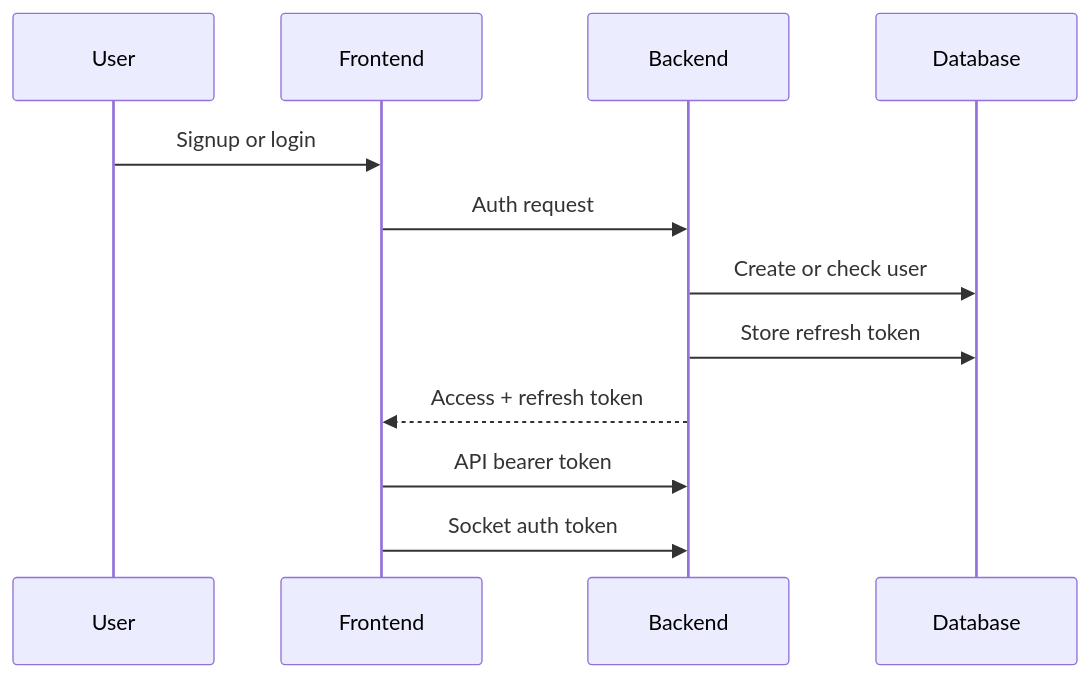
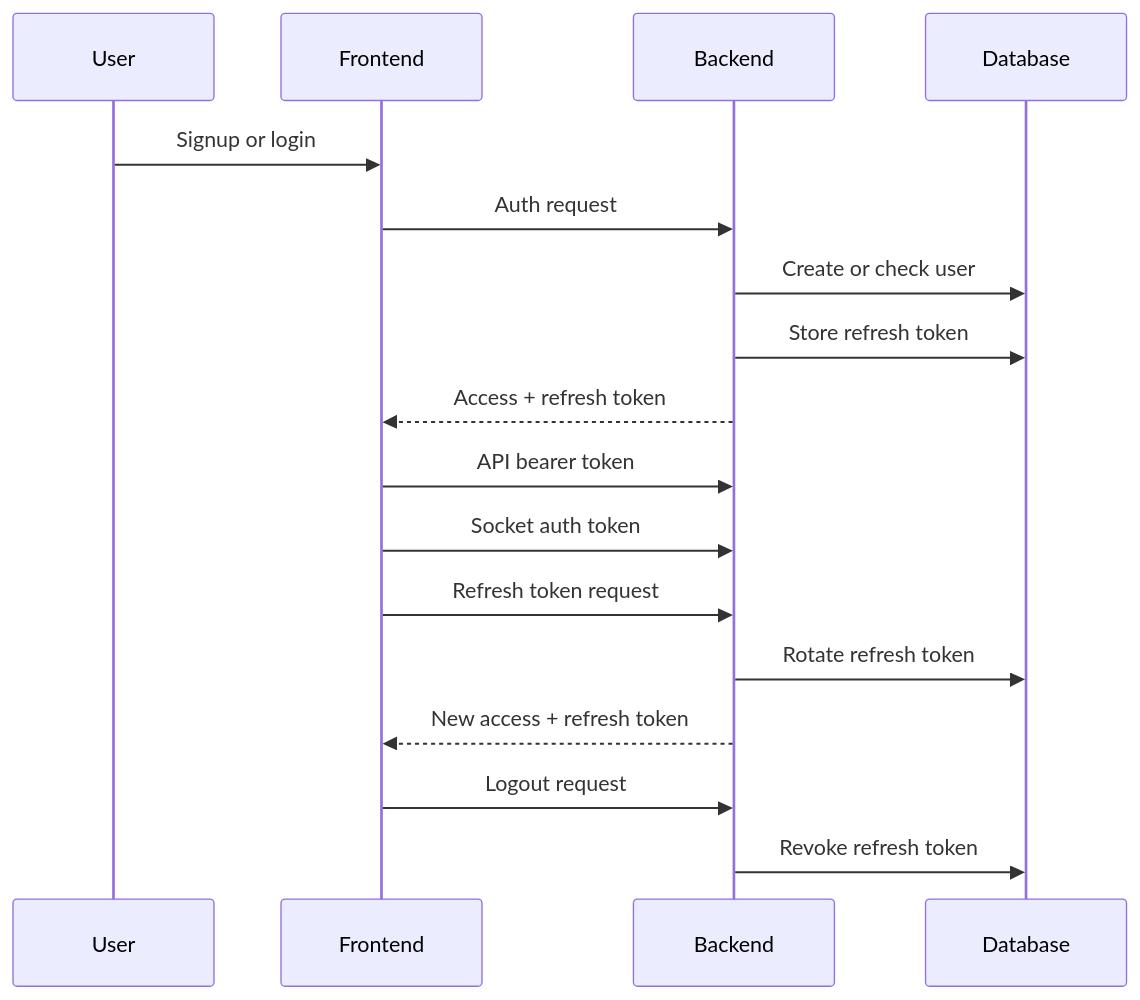
The diagram in docs/modules/auth-users.md (Nanborg/ft_transcendence), drawn with Mermaid before and after one commit. The commit also changed other lines of this file and 5 other files, not shown here.

````diff
--- a/docs/modules/auth-users.md
+++ b/docs/modules/auth-users.md
@@ -44,14 +48,19 @@
 ```mermaid
 sequenceDiagram
   participant User
   participant Frontend
   participant Backend
   participant Database
   User->>Frontend: Signup or login
   Frontend->>Backend: Auth request
   Backend->>Database: Create or check user
   Backend->>Database: Store refresh token
   Backend-->>Frontend: Access + refresh token
   Frontend->>Backend: API bearer token
   Frontend->>Backend: Socket auth token
+  Frontend->>Backend: Refresh token request
+  Backend->>Database: Rotate refresh token
+  Backend-->>Frontend: New access + refresh token
+  Frontend->>Backend: Logout request
+  Backend->>Database: Revoke refresh token
 ```
````
